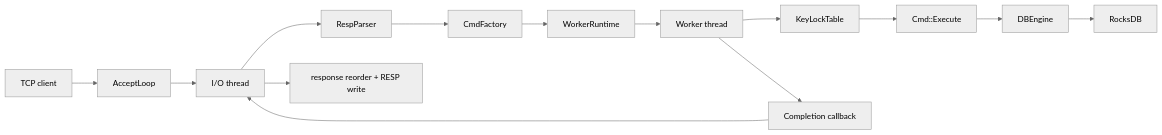
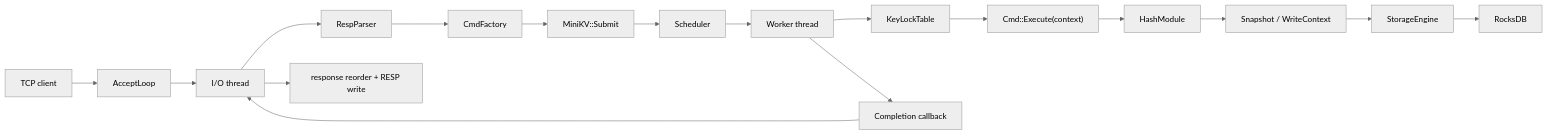
Before and after one commit to lostpigxx/cancer_redis: the diagram in minikv/docs/architecture.md, drawn with Mermaid (neutral theme). The commit also changed other lines of this file and 11 other files, not shown here.

````diff
--- a/minikv/docs/architecture.md
+++ b/minikv/docs/architecture.md
@@ -81,16 +79,19 @@
 ```mermaid
 flowchart LR
     A["TCP client"] --> B["AcceptLoop"]
     B --> C["I/O thread"]
     C --> D["RespParser"]
     D --> E["CmdFactory"]
-    E --> F["WorkerRuntime"]
-    F --> G["Worker thread"]
-    G --> H["KeyLockTable"]
-    H --> I["Cmd::Execute"]
-    I --> J["DBEngine"]
-    J --> K["RocksDB"]
-    G --> L["Completion callback"]
-    L --> C
-    C --> M["response reorder + RESP write"]
+    E --> F["MiniKV::Submit"]
+    F --> G["Scheduler"]
+    G --> H["Worker thread"]
+    H --> I["KeyLockTable"]
+    I --> J["Cmd::Execute(context)"]
+    J --> K["HashModule"]
+    K --> L["Snapshot / WriteContext"]
+    L --> M["StorageEngine"]
+    M --> N["RocksDB"]
+    H --> O["Completion callback"]
+    O --> C
+    C --> P["response reorder + RESP write"]
 ```
````
